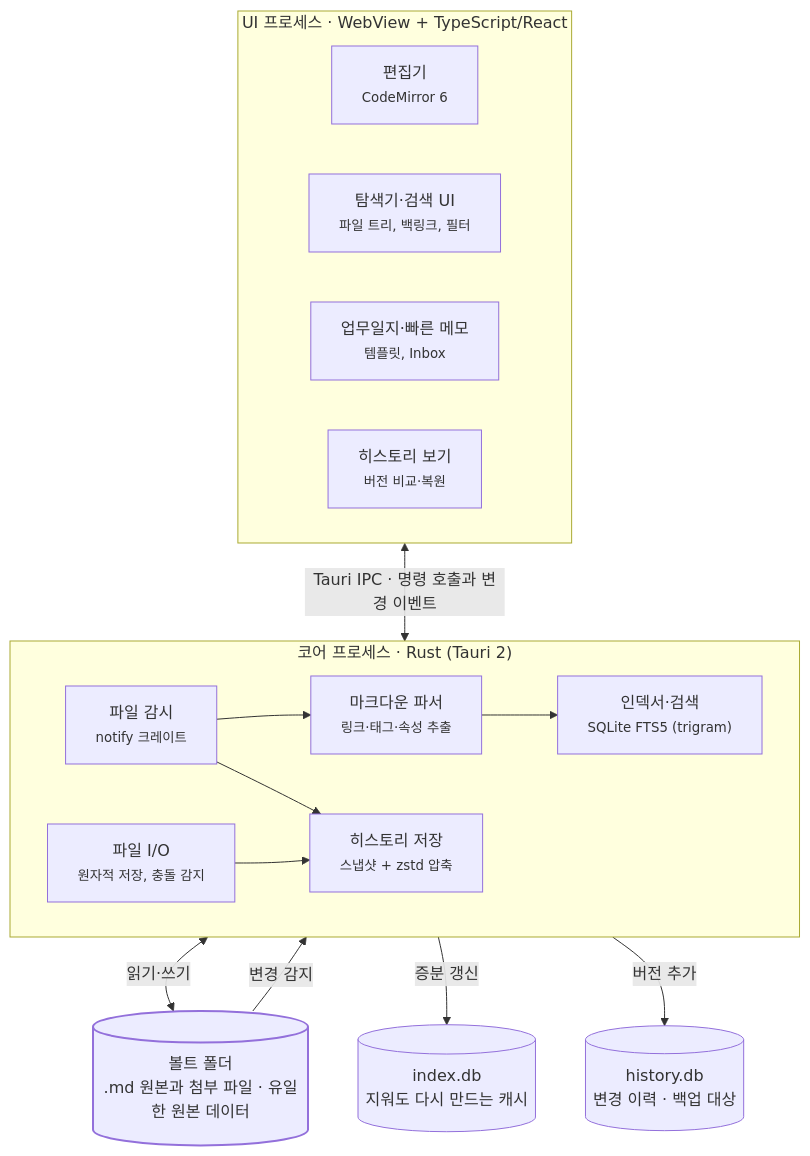
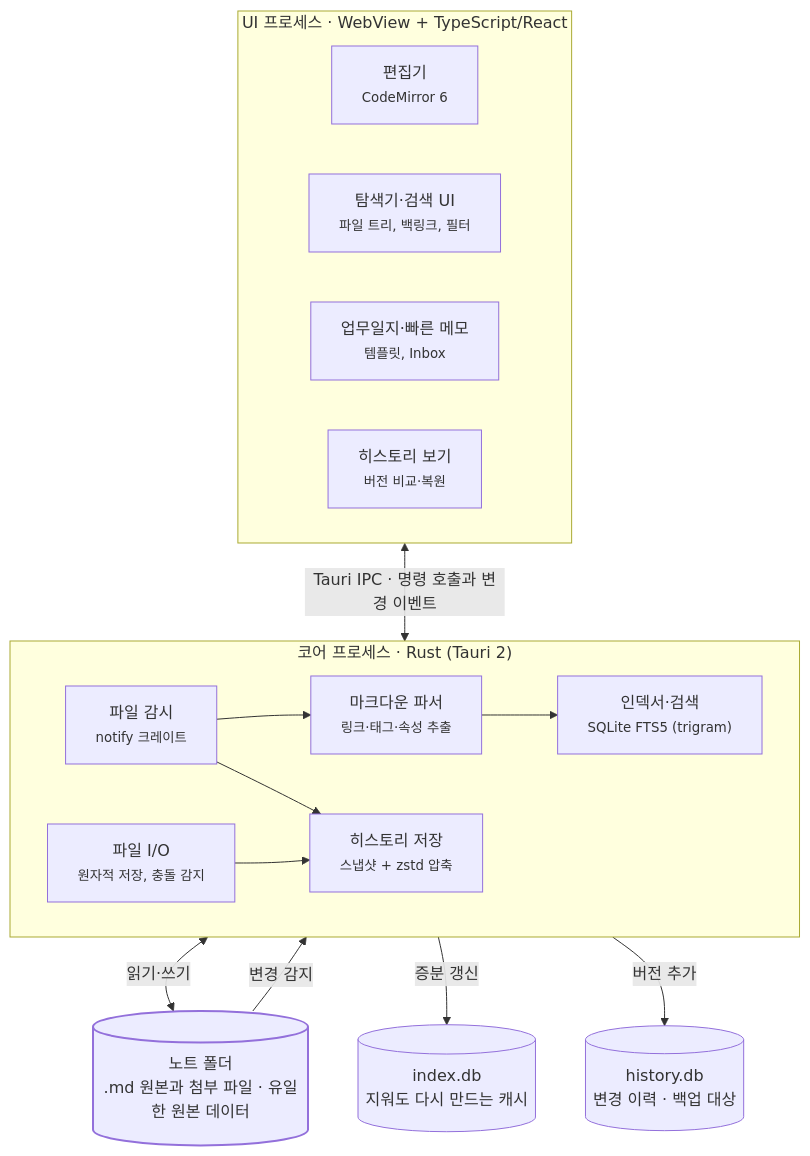
Before and after one commit to jinkyoin/notevine: the first of 2 diagrams in docs/개발계획서.md, drawn with Mermaid. The commit also changed other lines of this file and 12 other files, not shown here.

````diff
--- a/docs/개발계획서.md
+++ b/docs/개발계획서.md
@@ -78,34 +78,34 @@
 ```mermaid
 flowchart TB
     subgraph UI["UI 프로세스 · WebView + TypeScript/React"]
         direction LR
         editor["편집기<br/><small>CodeMirror 6</small>"]
         explorer["탐색기·검색 UI<br/><small>파일 트리, 백링크, 필터</small>"]
         journal["업무일지·빠른 메모<br/><small>템플릿, Inbox</small>"]
         historyui["히스토리 보기<br/><small>버전 비교·복원</small>"]
     end
 
     subgraph CORE["코어 프로세스 · Rust (Tauri 2)"]
         direction LR
         io["파일 I/O<br/><small>원자적 저장, 충돌 감지</small>"]
         watch["파일 감시<br/><small>notify 크레이트</small>"]
         parser["마크다운 파서<br/><small>링크·태그·속성 추출</small>"]
         indexer["인덱서·검색<br/><small>SQLite FTS5 (trigram)</small>"]
         snap["히스토리 저장<br/><small>스냅샷 + zstd 압축</small>"]
         watch --> parser --> indexer
         io --> snap
         watch --> snap
     end
 
-    vault[("볼트 폴더<br/>.md 원본과 첨부 파일 · 유일한 원본 데이터")]
+    vault[("노트 폴더<br/>.md 원본과 첨부 파일 · 유일한 원본 데이터")]
     db[("index.db<br/>지워도 다시 만드는 캐시")]
     hist[("history.db<br/>변경 이력 · 백업 대상")]
 
     UI <-->|"Tauri IPC · 명령 호출과 변경 이벤트"| CORE
     io <-->|읽기·쓰기| vault
     vault -->|변경 감지| watch
     indexer -->|증분 갱신| db
     snap -->|버전 추가| hist
 
     style vault stroke-width:2px
 ```
````
